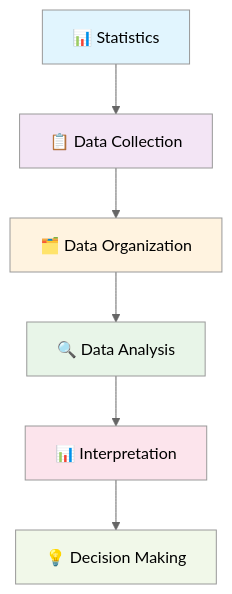
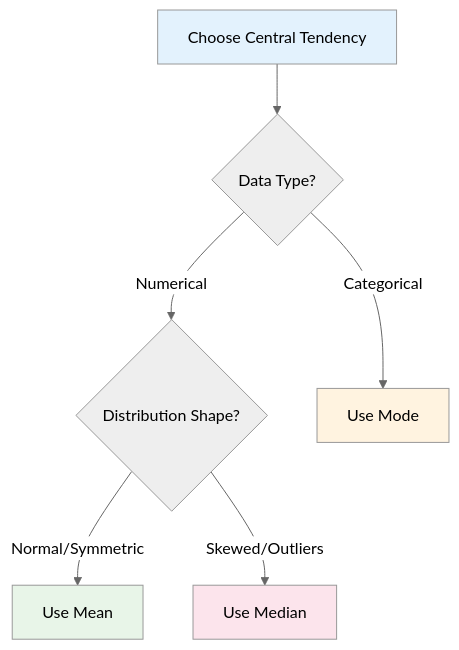
The fourth of 4 diagrams in README.md (siddharthkumarrai/Statics), drawn with Mermaid (neutral theme) before and after one commit. The commit also changed other lines of this file, not shown here.

````diff
--- a/README.md
+++ b/README.md
@@ -1661,15 +174,15 @@
 ```mermaid
 flowchart TD
-    A[📊 Statistics] --> B[📋 Data Collection]
-    B --> C[🗂️ Data Organization]
-    C --> D[🔍 Data Analysis]
-    D --> E[📊 Interpretation]
-    E --> F[💡 Decision Making]
-
-    style A fill:#e1f5fe,color:#000
-    style B fill:#f3e5f5,color:#000
-    style C fill:#fff3e0,color:#000
-    style D fill:#e8f5e8,color:#000
-    style E fill:#fce4ec,color:#000
-    style F fill:#f1f8e9,color:#000
+    A[Choose Central Tendency] --> B{Data Type?}
+    
+    B -->|Numerical| C{Distribution Shape?}
+    B -->|Categorical| D[Use Mode]
+    
+    C -->|Normal/Symmetric| E[Use Mean]
+    C -->|Skewed/Outliers| F[Use Median]
+    
+    style A fill:#e3f2fd,color:#000
+    style D fill:#fff3e0,color:#000
+    style E fill:#e8f5e8,color:#000
+    style F fill:#fce4ec,color:#000
 ```
````
